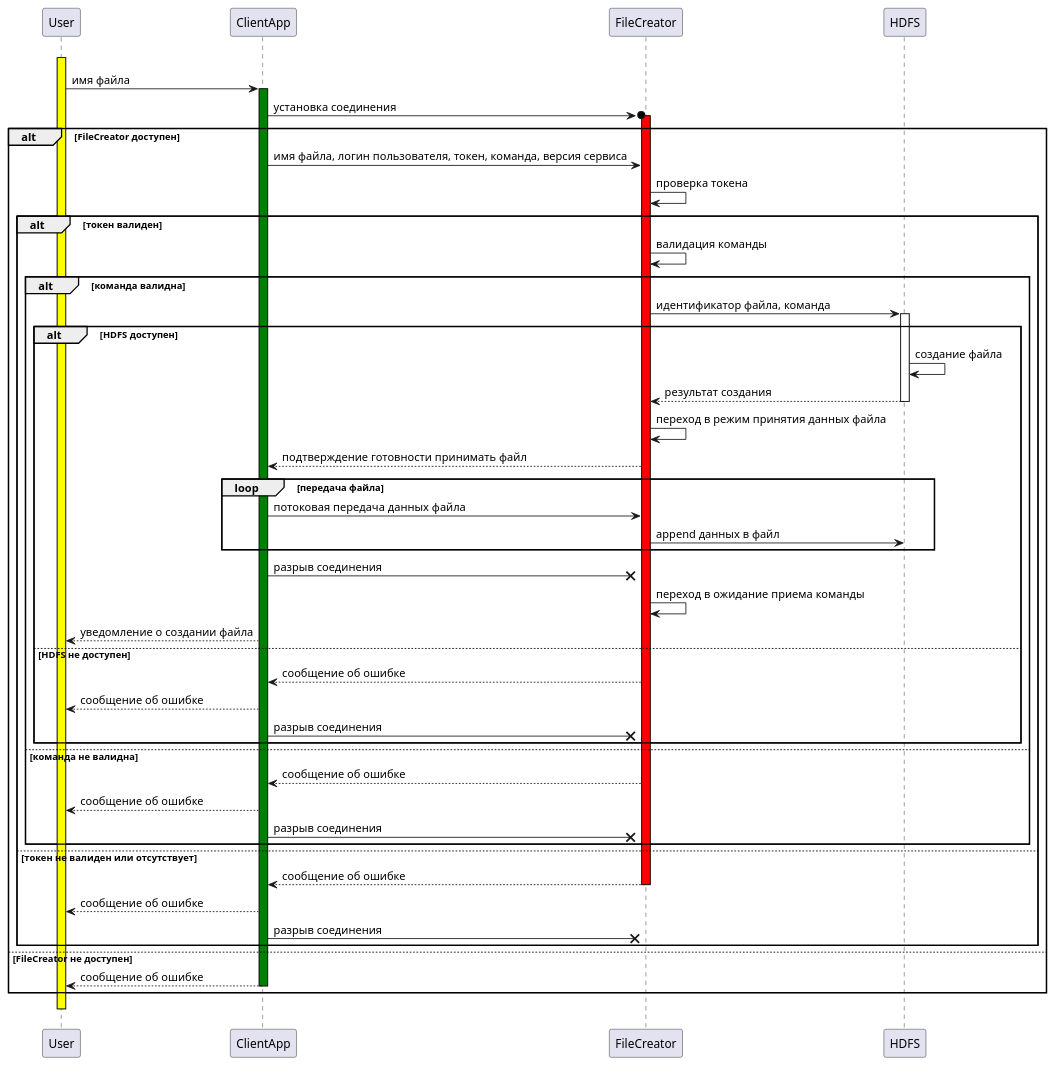
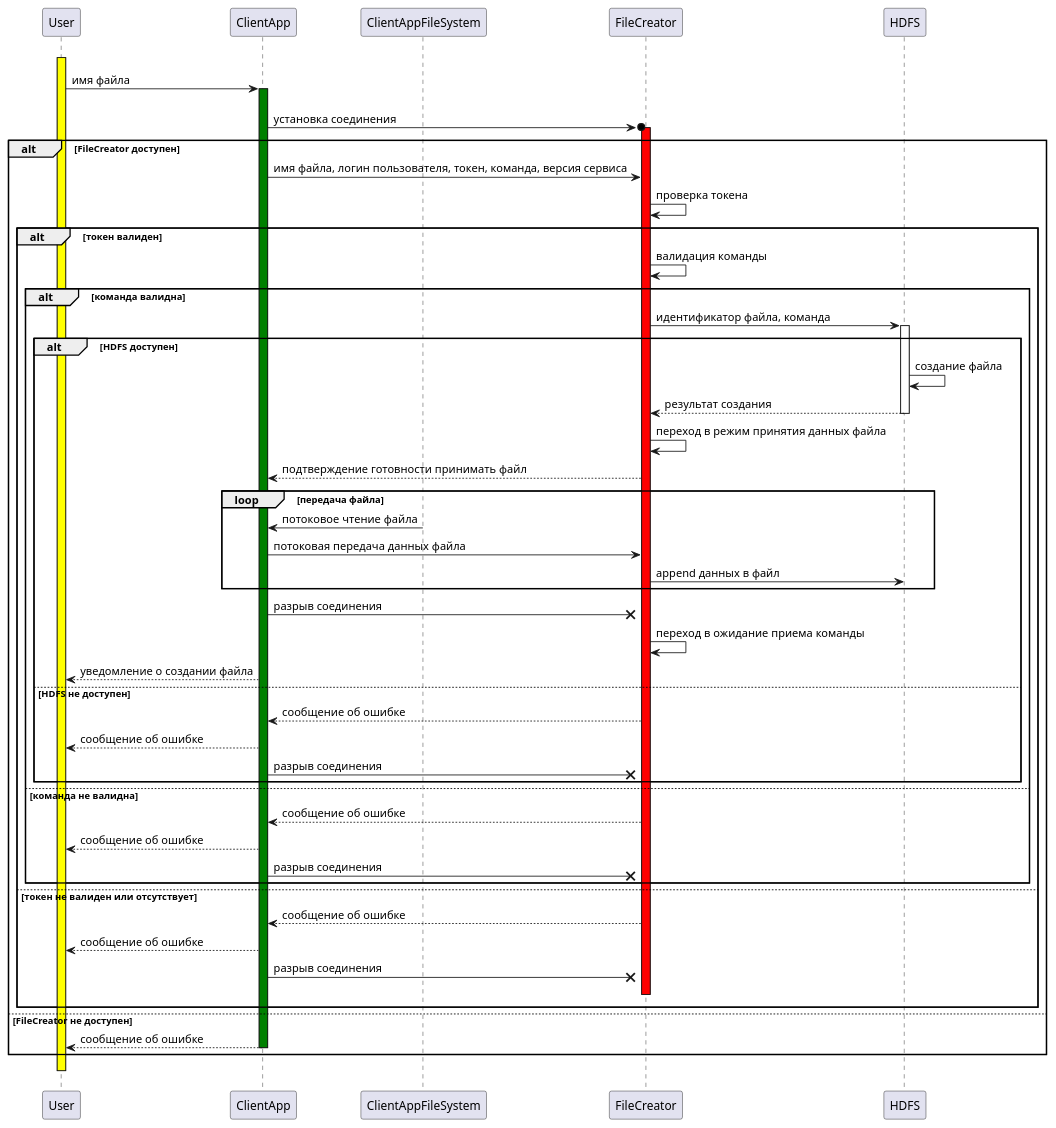
The diagram in docs/uml/sequence diagrams/createFileSequenceDiagram.puml (sberdyshev/java-file-handling), drawn with PlantUML before and after one commit. The commit also changed 5 other files, not shown here.

Commit message:
Fixed diagrams

```diff
--- a/docs/uml/sequence diagrams/createFileSequenceDiagram.puml
+++ b/docs/uml/sequence diagrams/createFileSequenceDiagram.puml
@@ -1,46 +1,49 @@
 @startuml
 
 User -[hidden]-> User ++ #yellow
 User -> ClientApp ++ #green: имя файла
+ClientApp -[hidden]-> ClientAppFileSystem
 ClientApp ->o FileCreator ++ #red: установка соединения
 
 alt FileCreator доступен
   ClientApp -> FileCreator: имя файла, логин пользователя, токен, команда, версия сервиса
   FileCreator -> FileCreator: проверка токена
     alt токен валиден
       FileCreator -> FileCreator: валидация команды
       alt команда валидна
           FileCreator -> HDFS ++ #white: идентификатор файла, команда
           alt HDFS доступен
             HDFS -> HDFS: создание файла
             HDFS --> FileCreator -- #white: результат создания
             FileCreator -> FileCreator: переход в режим принятия данных файла
             FileCreator --> ClientApp: подтверждение готовности принимать файл
             loop передача файла
+              ClientAppFileSystem -> ClientApp: потоковое чтение файла
               ClientApp -> FileCreator: потоковая передача данных файла
               FileCreator -> HDFS: append данных в файл
             end loop
             ClientApp ->x FileCreator: разрыв соединения
             FileCreator -> FileCreator: переход в ожидание приема команды
             ClientApp --> User: уведомление о создании файла
           else HDFS не доступен
             FileCreator --> ClientApp: сообщение об ошибке
             ClientApp --> User: сообщение об ошибке
             ClientApp ->x FileCreator: разрыв соединения
           end
       else команда не валидна
         FileCreator --> ClientApp: сообщение об ошибке
         ClientApp --> User: сообщение об ошибке
         ClientApp ->x FileCreator: разрыв соединения
       end
     else токен не валиден или отсутствует
-      FileCreator --> ClientApp -- #white: сообщение об ошибке
+      FileCreator --> ClientApp: сообщение об ошибке
       ClientApp --> User: сообщение об ошибке
       ClientApp ->x FileCreator: разрыв соединения
+      FileCreator -[hidden]-> FileCreator -- #red
     end
 else FileCreator не доступен
   ClientApp --> User -- #green: сообщение об ошибке
 end
 User -[hidden]-> User -- #yellow
 
 @enduml
```
